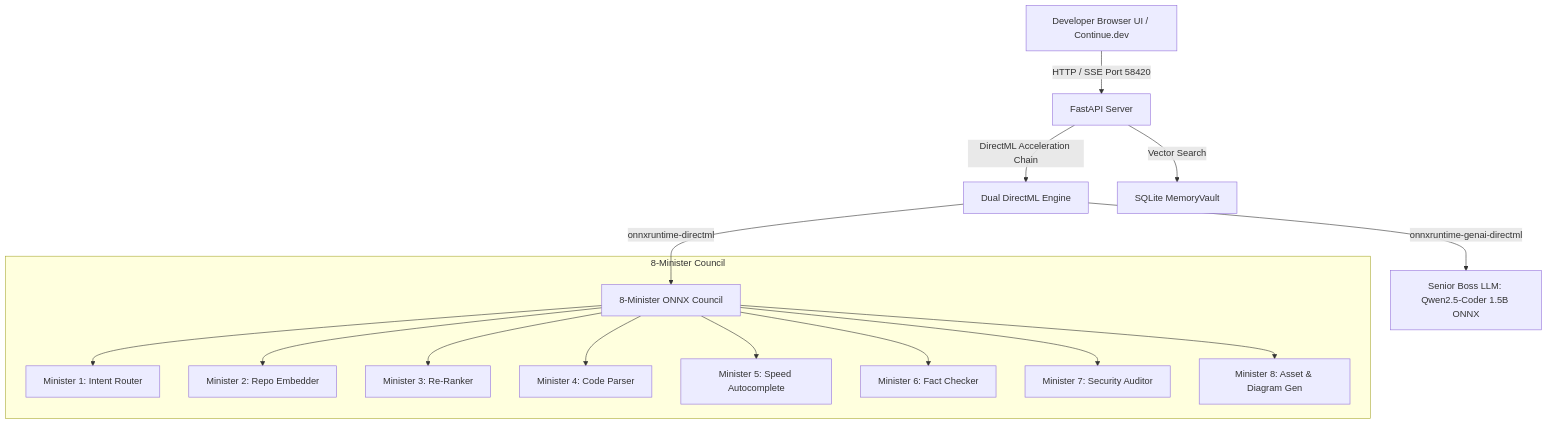
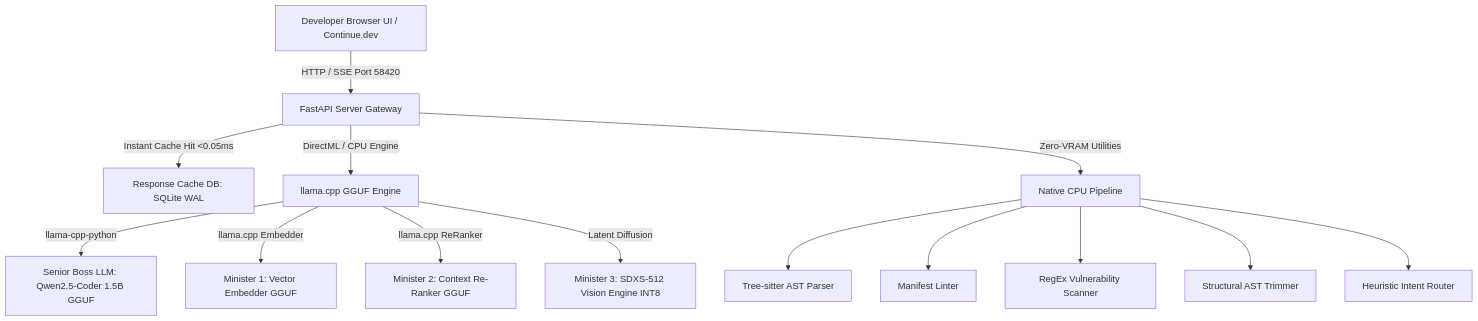
Before and after one commit to 7CGPA-Labs/KingdomAIServer: the diagram in README.md, drawn with Mermaid. The commit also changed other lines of this file and 1 other file, not shown here.

Commit message:
docs(v2): update README.md and Open WebUI dashboard for V2 architecture

````diff
--- a/README.md
+++ b/README.md
@@ -17,19 +19,17 @@
 ```mermaid
 graph TD
-    User[Developer Browser UI / Continue.dev] -->|HTTP / SSE Port 58420| Server[FastAPI Server]
-    Server -->|DirectML Acceleration Chain| Engine[Dual DirectML Engine]
-    Engine -->|onnxruntime-genai-directml| Boss[Senior Boss LLM: Qwen2.5-Coder 1.5B ONNX]
-    Engine -->|onnxruntime-directml| Ministers[8-Minister ONNX Council]
-    Server -->|Vector Search| Vault[SQLite MemoryVault]
+    User[Developer Browser UI / Continue.dev] -->|HTTP / SSE Port 58420| Server[FastAPI Server Gateway]
+    Server -->|Instant Cache Hit <0.05ms| Cache[Response Cache DB: SQLite WAL]
+    Server -->|DirectML / CPU Engine| Engine[llama.cpp GGUF Engine]
+    Engine -->|llama-cpp-python| Boss[Senior Boss LLM: Qwen2.5-Coder 1.5B GGUF]
+    Engine -->|llama.cpp Embedder| M1[Minister 1: Vector Embedder GGUF]
+    Engine -->|llama.cpp ReRanker| M2[Minister 2: Context Re-Ranker GGUF]
+    Engine -->|Latent Diffusion| M3[Minister 3: SDXS-512 Vision Engine INT8]
 
-    subgraph 8-Minister Council
-        Ministers --> M1[Minister 1: Intent Router]
-        Ministers --> M2[Minister 2: Repo Embedder]
-        Ministers --> M3[Minister 3: Re-Ranker]
-        Ministers --> M4[Minister 4: Code Parser]
-        Ministers --> M5[Minister 5: Speed Autocomplete]
-        Ministers --> M6[Minister 6: Fact Checker]
-        Ministers --> M7[Minister 7: Security Auditor]
-        Ministers --> M8[Minister 8: Asset & Diagram Gen]
-    end
+    Server -->|Zero-VRAM Utilities| Utils[Native CPU Pipeline]
+    Utils --> U1[Tree-sitter AST Parser]
+    Utils --> U2[Manifest Linter]
+    Utils --> U3[RegEx Vulnerability Scanner]
+    Utils --> U4[Structural AST Trimmer]
+    Utils --> U5[Heuristic Intent Router]
 ```
````
